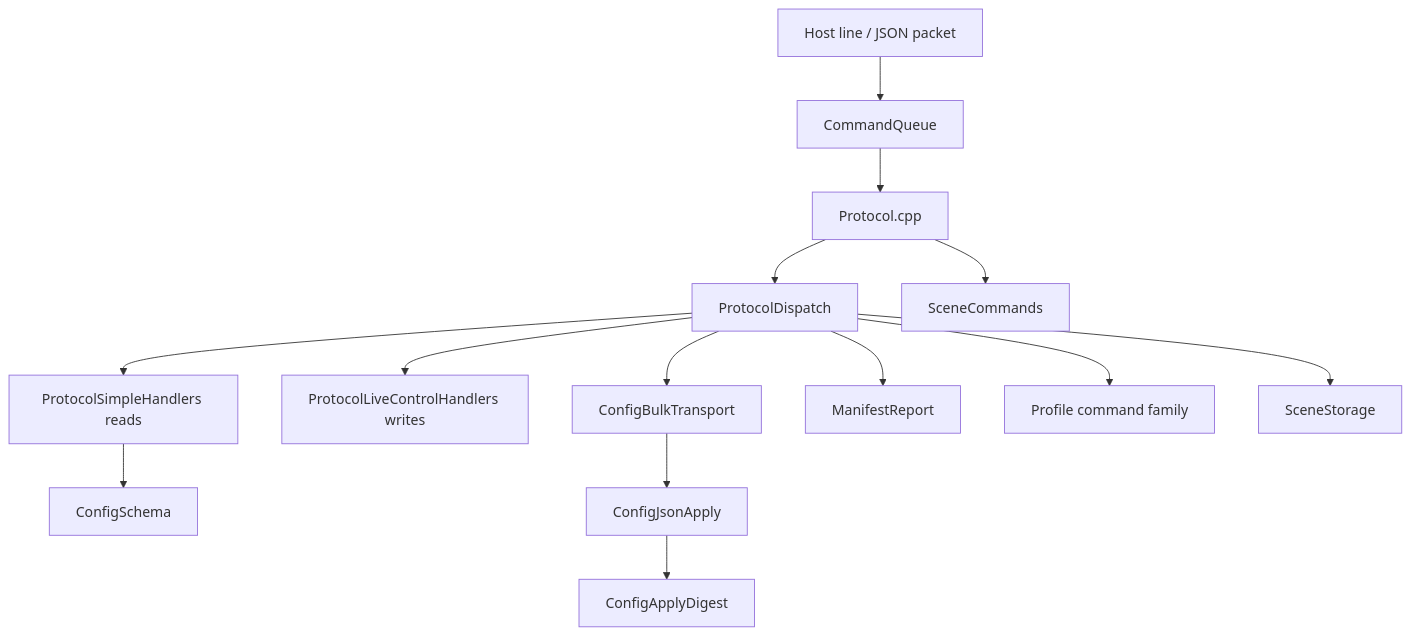
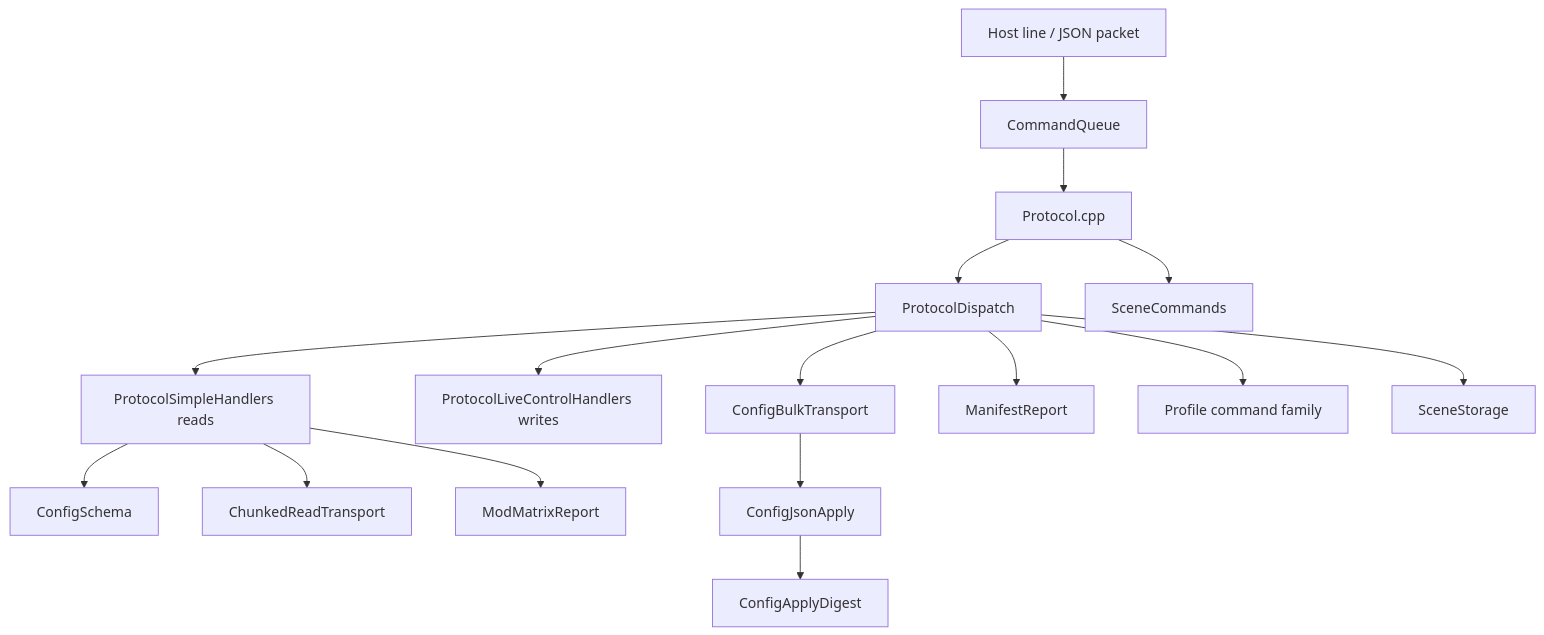
The diagram in docs/firmware/ProtocolStackReadingPath.md (bseverns/MOARkNOBS-42), drawn with Mermaid before and after one commit. The commit also changed other lines of this file and 3 other files, not shown here.

````diff
--- a/docs/firmware/ProtocolStackReadingPath.md
+++ b/docs/firmware/ProtocolStackReadingPath.md
@@ -47,16 +47,18 @@
 ```mermaid
 flowchart TD
   Host[Host line / JSON packet] --> Queue[CommandQueue]
   Queue --> Protocol[Protocol.cpp]
   Protocol --> Dispatch[ProtocolDispatch]
   Protocol --> SceneJson[SceneCommands]
   Dispatch --> Simple[ProtocolSimpleHandlers reads]
   Dispatch --> Live[ProtocolLiveControlHandlers writes]
   Simple --> Schema[ConfigSchema]
   Dispatch --> BulkTransport[ConfigBulkTransport]
   BulkTransport --> BulkApply[ConfigJsonApply]
   BulkApply --> Digest[ConfigApplyDigest]
+  Simple --> ChunkedRead[ChunkedReadTransport]
+  Simple --> ModMatrix[ModMatrixReport]
   Dispatch --> Manifest[ManifestReport]
   Dispatch --> Profile[Profile command family]
   Dispatch --> Scenes[SceneStorage]
 ```
````
